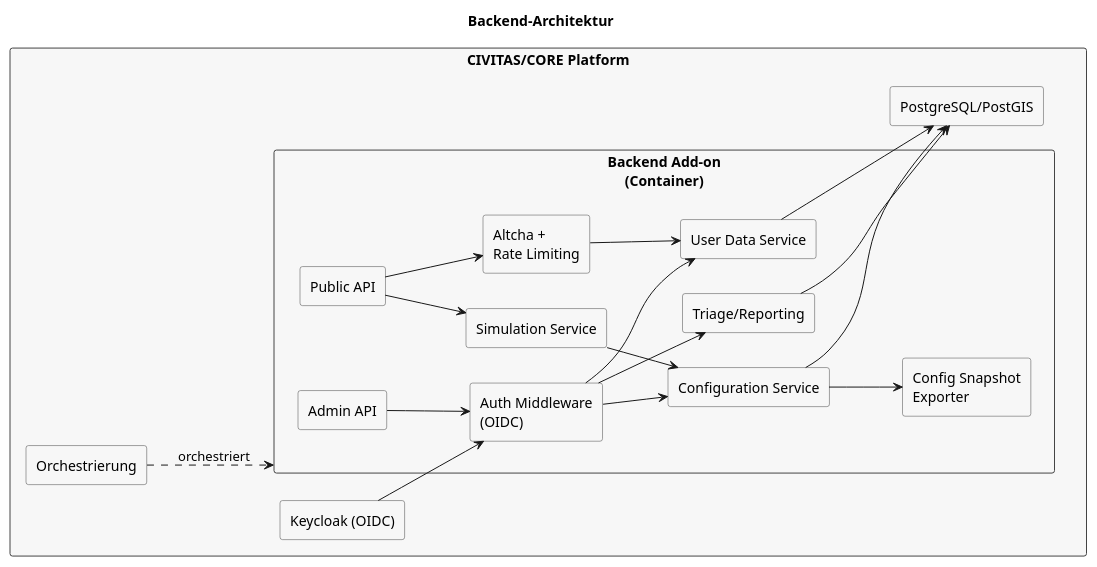
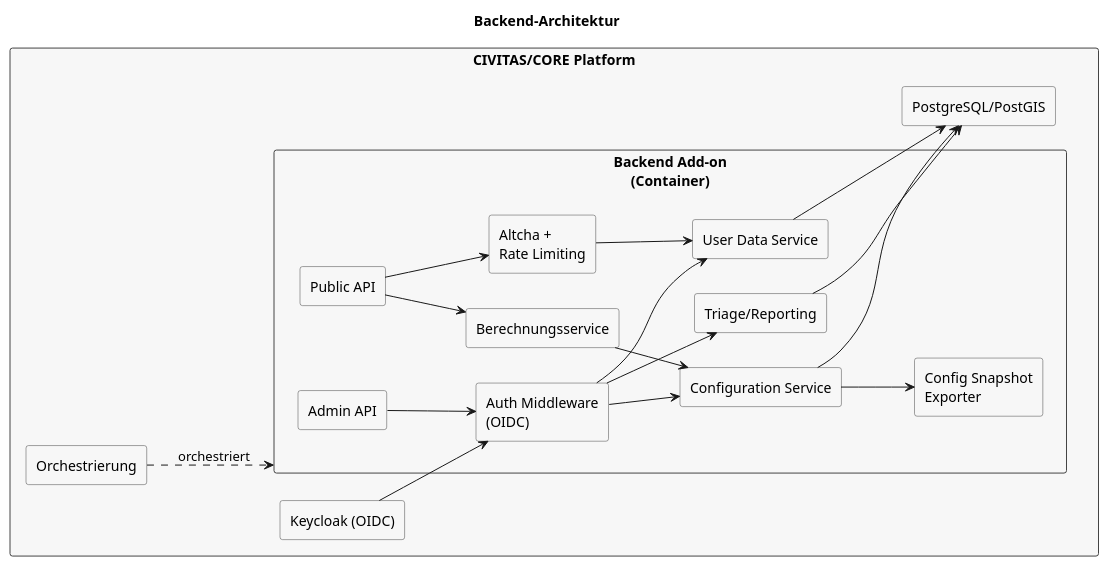
Before and after one commit to csi-FOXBYTE/Regensburg_DigitalerEnergieZwilling_Backend: the diagram in docs/architecture/raw/backend-architecture.puml, drawn with PlantUML. The commit also changed other lines of this file and 36 other files, not shown here.

Commit message:
change sim/simulation to calc/calculation

```diff
--- a/docs/architecture/raw/backend-architecture.puml
+++ b/docs/architecture/raw/backend-architecture.puml
@@ -1,45 +1,45 @@
 @startuml
 left to right direction
 skinparam rectangle {
   BackgroundColor #F7F7F7
   BorderColor #444444
 }
 
 title Backend-Architektur
 
 rectangle "CIVITAS/CORE Platform" as civitas {
   rectangle "Orchestrierung" as orchestrator
 
   rectangle "Backend Add-on\n(Container)" as backend {
     rectangle "Public API" as public_api
     rectangle "Admin API" as admin_api
     rectangle "Altcha +\nRate Limiting" as protect
     rectangle "Auth Middleware\n(OIDC)" as auth
     rectangle "Configuration Service" as config
     rectangle "User Data Service" as user_data
     rectangle "Triage/Reporting" as triage
-    rectangle "Simulation Service" as sim
+    rectangle "Berechnungsservice" as calc
     rectangle "Config Snapshot\nExporter" as export
   }
 
   rectangle "PostgreSQL/PostGIS" as db
   rectangle "Keycloak (OIDC)" as keycloak
 }
 
 orchestrator ..> backend : orchestriert
 
 public_api --> protect
 protect --> user_data
-public_api --> sim
+public_api --> calc
 admin_api --> auth
 auth --> config
 auth --> triage
 auth --> user_data
 config --> export
 config --> db
 user_data --> db
 triage --> db
-sim --> config
+calc --> config
 keycloak --> auth
 
 @enduml
```
